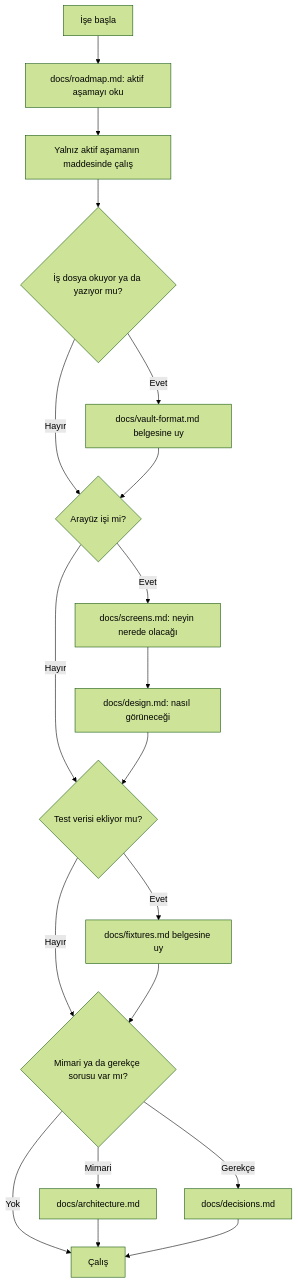
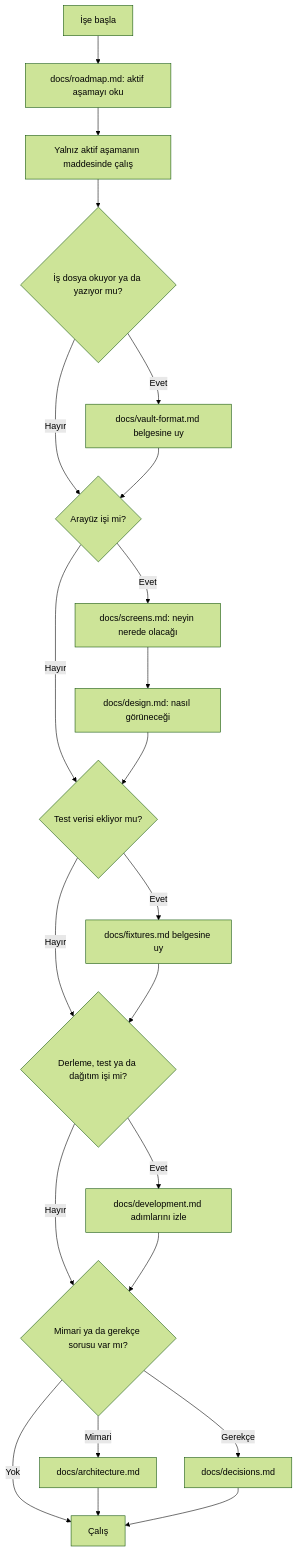
The first of 4 diagrams in AGENTS.md (dogancanyildiz/kenet), drawn with Mermaid (forest theme) before and after one commit. The commit also changed other lines of this file and 14 other files, not shown here.

````diff
--- a/AGENTS.md
+++ b/AGENTS.md
@@ -28,21 +28,24 @@
 ```mermaid
 flowchart TD
   A["İşe başla"] --> B["docs/roadmap.md: aktif aşamayı oku"]
   B --> C["Yalnız aktif aşamanın maddesinde çalış"]
   C --> D{"İş dosya okuyor ya da yazıyor mu?"}
   D -- Evet --> E["docs/vault-format.md belgesine uy"]
   D -- Hayır --> F{"Arayüz işi mi?"}
   E --> F
   F -- Evet --> G["docs/screens.md: neyin nerede olacağı"]
   G --> H["docs/design.md: nasıl görüneceği"]
   F -- Hayır --> I{"Test verisi ekliyor mu?"}
   H --> I
   I -- Evet --> J["docs/fixtures.md belgesine uy"]
-  I -- Hayır --> K{"Mimari ya da gerekçe sorusu var mı?"}
-  J --> K
+  I -- Hayır --> O{"Derleme, test ya da dağıtım işi mi?"}
+  J --> O
+  O -- Evet --> P["docs/development.md adımlarını izle"]
+  O -- Hayır --> K{"Mimari ya da gerekçe sorusu var mı?"}
+  P --> K
   K -- Mimari --> L["docs/architecture.md"]
   K -- Gerekçe --> M["docs/decisions.md"]
   K -- Yok --> N["Çalış"]
   L --> N
   M --> N
 ```
````
